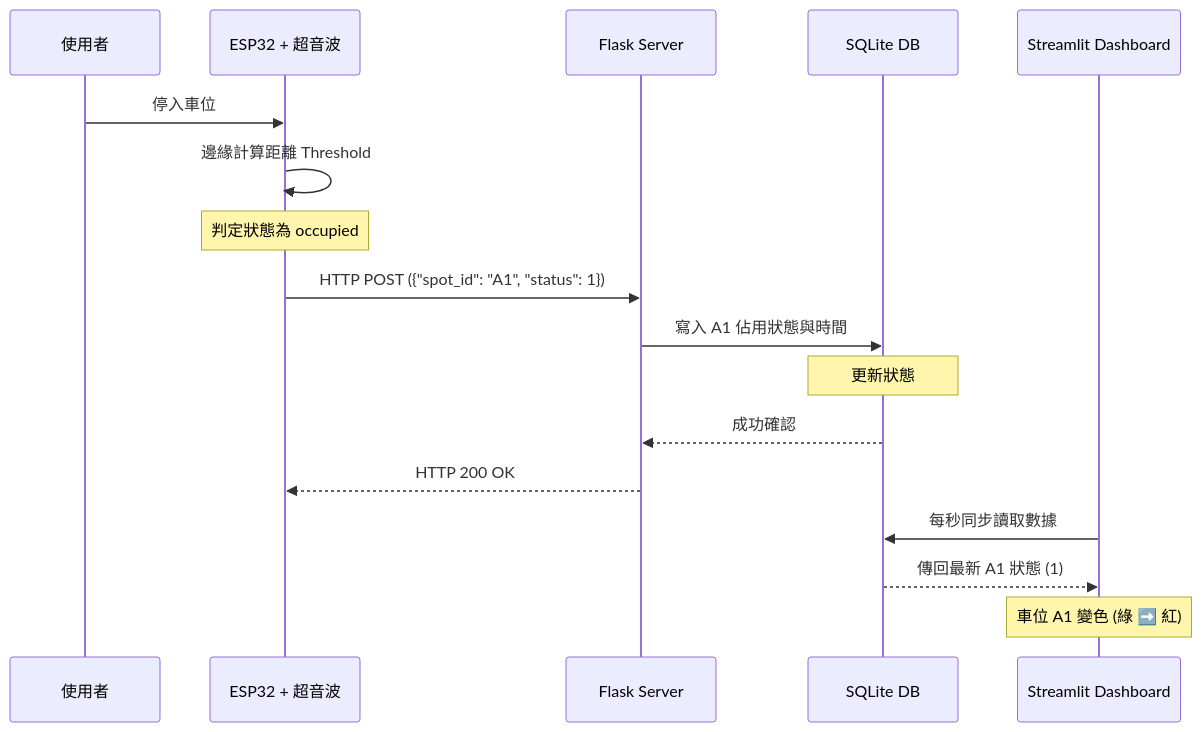
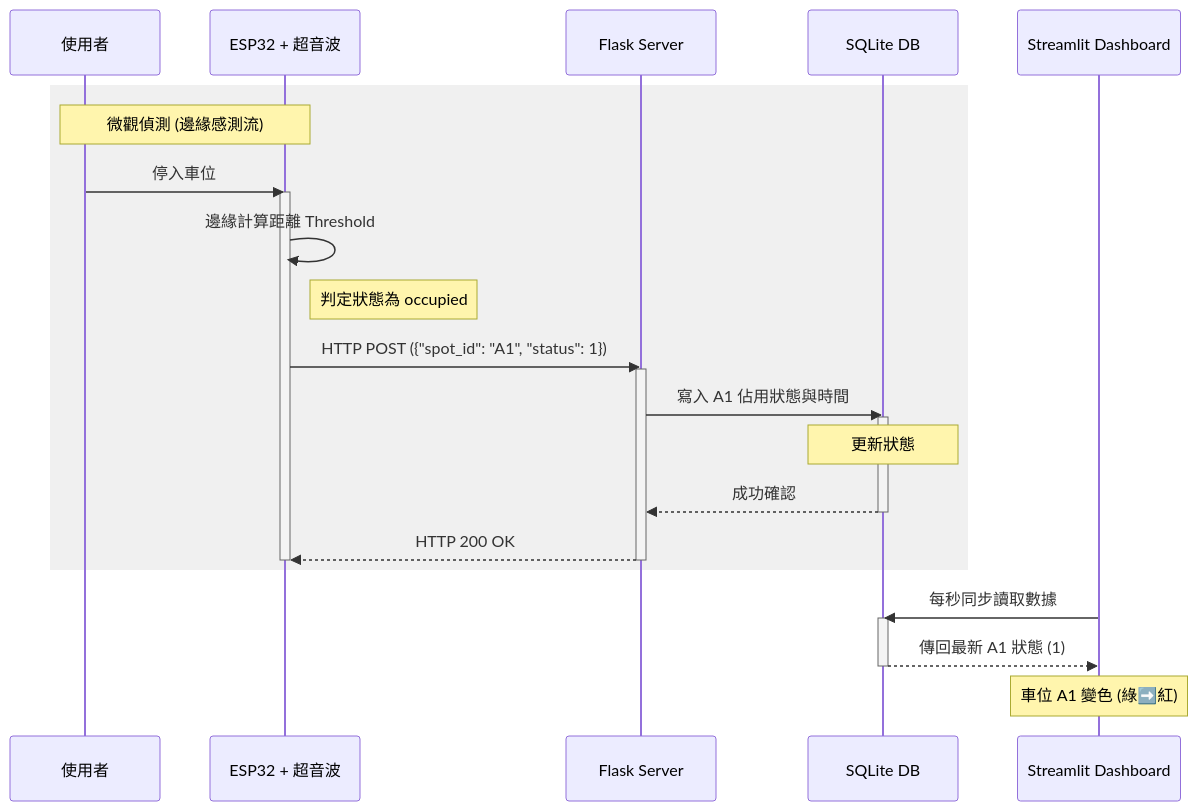
The diagram in README.md (eeebooz-gif/AIoT_Smart_Parking), drawn with Mermaid before and after one commit.

Commit message:
Update README: Use user's stylized Mermaid diagram

````diff
--- a/README.md
+++ b/README.md
@@ -13,21 +13,32 @@
 ```mermaid
 sequenceDiagram
     participant User as 使用者
     participant ESP32 as ESP32 + 超音波
-    participant Flask as Flask Server
+    participant Server as Flask Server
     participant DB as SQLite DB
-    participant Streamlit as Streamlit Dashboard
+    participant Dashboard as Streamlit Dashboard
 
-    User->>ESP32: 停入車位
-    ESP32->>ESP32: 邊緣計算距離 Threshold
-    Note over ESP32: 判定狀態為 occupied
-    ESP32->>Flask: HTTP POST ({"spot_id": "A1", "status": 1})
-    Flask->>DB: 寫入 A1 佔用狀態與時間
-    Note over DB: 更新狀態
-    DB-->>Flask: 成功確認
-    Flask-->>ESP32: HTTP 200 OK
-    
-    Streamlit->>DB: 每秒同步讀取數據
-    DB-->>Streamlit: 傳回最新 A1 狀態 (1)
-    Note over Streamlit: 車位 A1 變色 (綠 ➡️ 紅)
+    rect rgb(240, 240, 240)
+        Note over User, ESP32: 微觀偵測 (邊緣感測流)
+        User->>ESP32: 停入車位
+        activate ESP32
+        ESP32->>ESP32: 邊緣計算距離 Threshold
+        Note right of ESP32: 判定狀態為 occupied
+        ESP32->>Server: HTTP POST ({"spot_id": "A1", "status": 1})
+        activate Server
+        Server->>DB: 寫入 A1 佔用狀態與時間
+        activate DB
+        Note over DB: 更新狀態
+        DB-->>Server: 成功確認
+        deactivate DB
+        Server-->>ESP32: HTTP 200 OK
+        deactivate Server
+        deactivate ESP32
+    end
+
+    Dashboard->>DB: 每秒同步讀取數據
+    activate DB
+    DB-->>Dashboard: 傳回最新 A1 狀態 (1)
+    deactivate DB
+    Note over Dashboard: 車位 A1 變色 (綠➡️紅)
 ```
````
